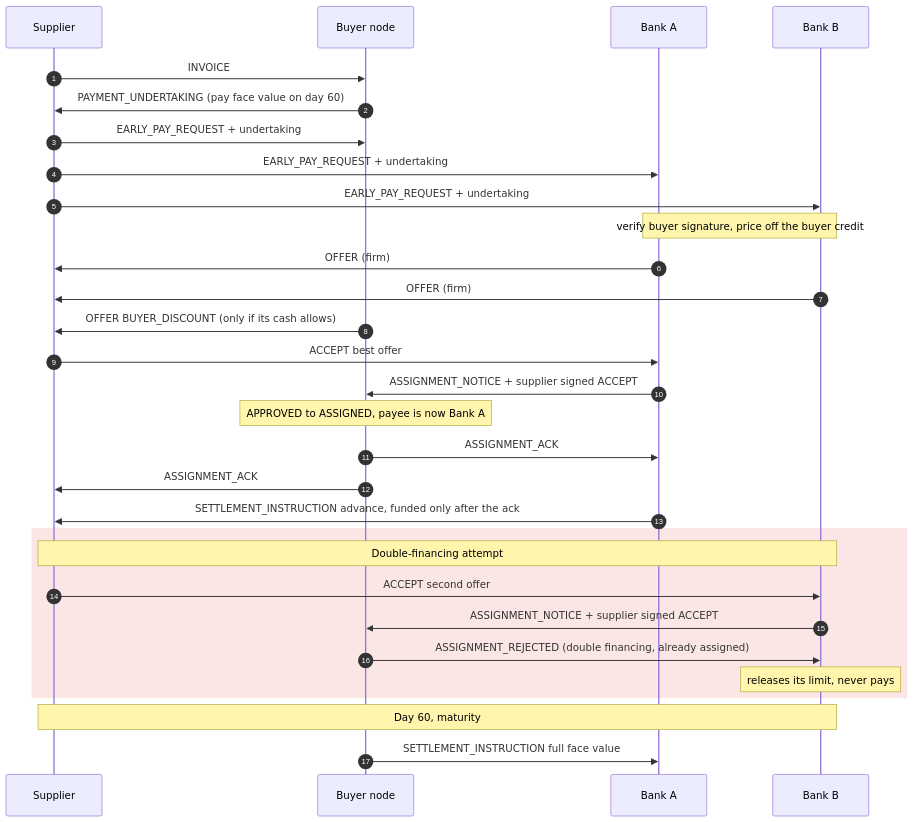
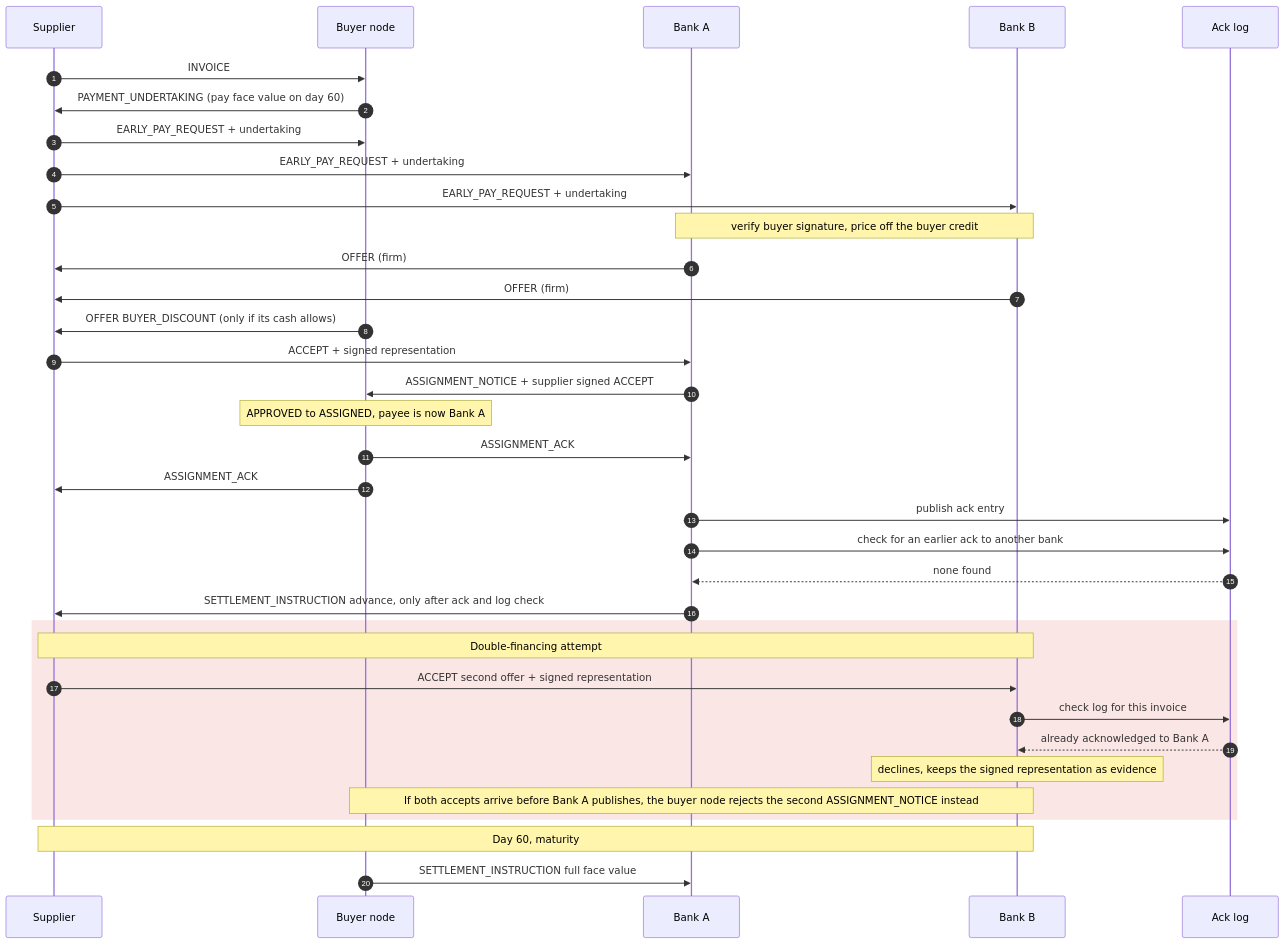
One commit to 4rnaudD/hackathon changed the second of 3 diagrams in README.md. Above: the diagram before and after it, drawn with Mermaid. The commit also changed other lines of this file and 7 other files, not shown here.

First line of the commit message:
Close double-financing gaps: signed supplier representation and acknowledgment log

````diff
--- a/README.md
+++ b/README.md
@@ -47,35 +47,40 @@
 ```mermaid
 sequenceDiagram
     autonumber
     participant S as Supplier
     participant B as Buyer node
     participant A as Bank A
     participant X as Bank B
+    participant L as Ack log
 
     S->>B: INVOICE
     B->>S: PAYMENT_UNDERTAKING (pay face value on day 60)
     S->>B: EARLY_PAY_REQUEST + undertaking
     S->>A: EARLY_PAY_REQUEST + undertaking
     S->>X: EARLY_PAY_REQUEST + undertaking
     Note over A,X: verify buyer signature, price off the buyer credit
     A->>S: OFFER (firm)
     X->>S: OFFER (firm)
     B->>S: OFFER BUYER_DISCOUNT (only if its cash allows)
-    S->>A: ACCEPT best offer
+    S->>A: ACCEPT + signed representation
     A->>B: ASSIGNMENT_NOTICE + supplier signed ACCEPT
     Note over B: APPROVED to ASSIGNED, payee is now Bank A
     B->>A: ASSIGNMENT_ACK
     B->>S: ASSIGNMENT_ACK
-    A->>S: SETTLEMENT_INSTRUCTION advance, funded only after the ack
+    A->>L: publish ack entry
+    A->>L: check for an earlier ack to another bank
+    L-->>A: none found
+    A->>S: SETTLEMENT_INSTRUCTION advance, only after ack and log check
 
     rect rgba(220, 50, 50, 0.12)
     Note over S,X: Double-financing attempt
-    S->>X: ACCEPT second offer
-    X->>B: ASSIGNMENT_NOTICE + supplier signed ACCEPT
-    B->>X: ASSIGNMENT_REJECTED (double financing, already assigned)
-    Note over X: releases its limit, never pays
+    S->>X: ACCEPT second offer + signed representation
+    X->>L: check log for this invoice
+    L-->>X: already acknowledged to Bank A
+    Note over X: declines, keeps the signed representation as evidence
+    Note over B,X: If both accepts arrive before Bank A publishes, the buyer node rejects the second ASSIGNMENT_NOTICE instead
     end
 
     Note over S,X: Day 60, maturity
     B->>A: SETTLEMENT_INSTRUCTION full face value
 ```
````
